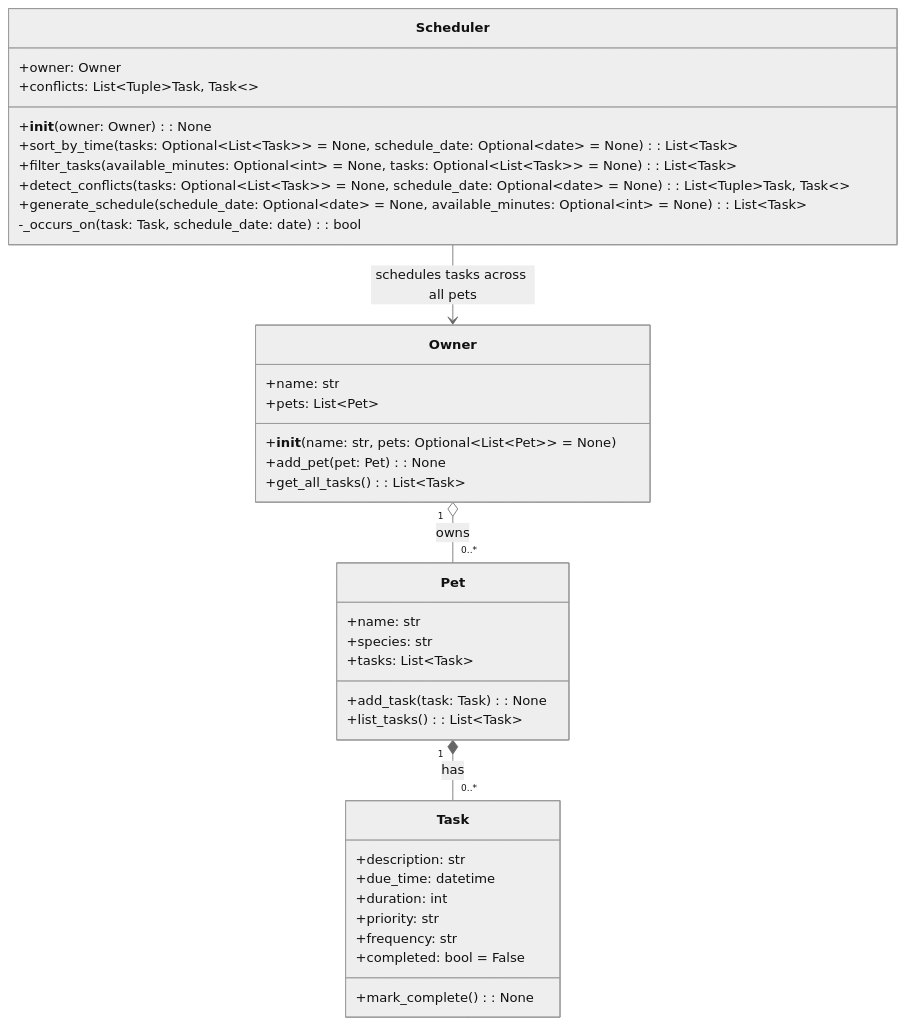
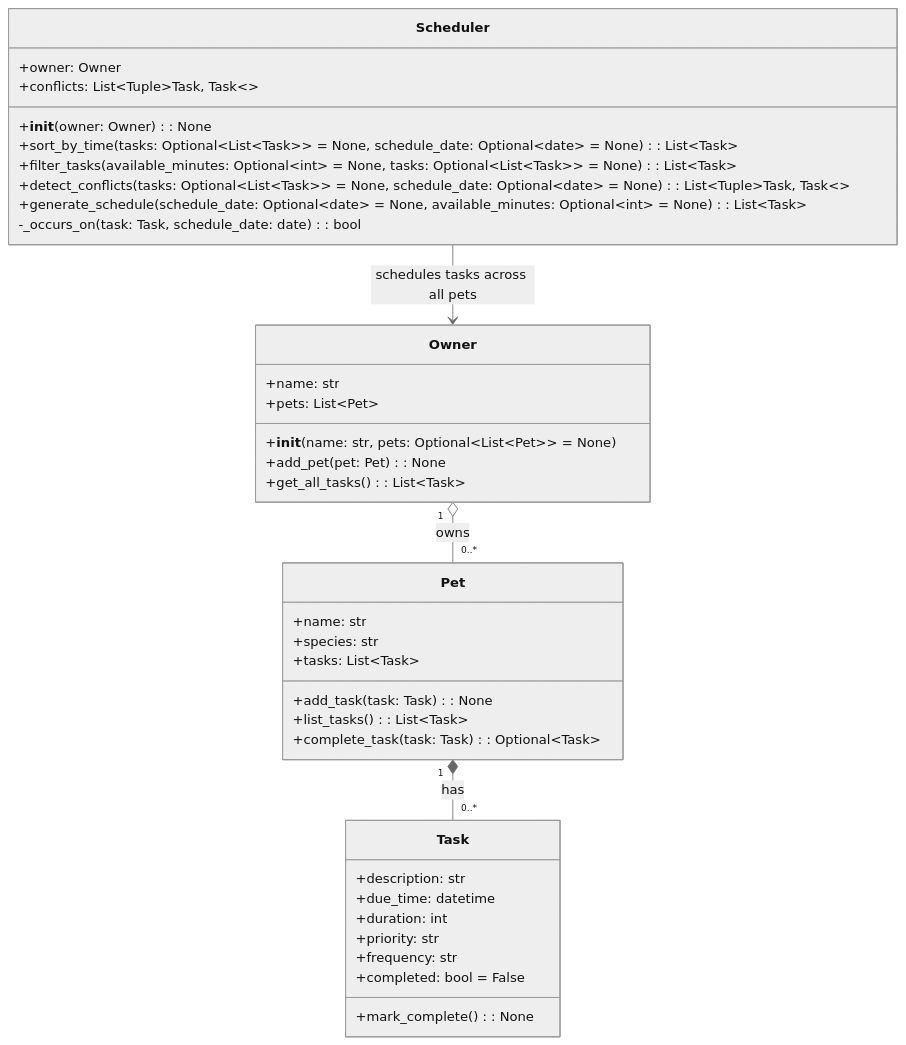
The diagram in diagrams/uml_final.mmd (Sahabnaz05/ai110-module2show-pawpal-starter), drawn with Mermaid (neutral theme) before and after one commit. The commit also changed 5 other files, not shown here.

```diff
--- a/diagrams/uml_final.mmd
+++ b/diagrams/uml_final.mmd
@@ -1,41 +1,42 @@
 classDiagram
     class Owner {
         +name: str
         +pets: List~Pet~
         +__init__(name: str, pets: Optional~List~Pet~~ = None)
         +add_pet(pet: Pet): None
         +get_all_tasks(): List~Task~
     }
 
     class Pet {
         +name: str
         +species: str
         +tasks: List~Task~
         +add_task(task: Task): None
         +list_tasks(): List~Task~
+        +complete_task(task: Task): Optional~Task~
     }
 
     class Task {
         +description: str
         +due_time: datetime
         +duration: int
         +priority: str
         +frequency: str
         +completed: bool = False
         +mark_complete(): None
     }
 
     class Scheduler {
         +owner: Owner
         +conflicts: List~Tuple~Task, Task~~
         +__init__(owner: Owner): None
         +sort_by_time(tasks: Optional~List~Task~~ = None, schedule_date: Optional~date~ = None): List~Task~
         +filter_tasks(available_minutes: Optional~int~ = None, tasks: Optional~List~Task~~ = None): List~Task~
         +detect_conflicts(tasks: Optional~List~Task~~ = None, schedule_date: Optional~date~ = None): List~Tuple~Task, Task~~
         +generate_schedule(schedule_date: Optional~date~ = None, available_minutes: Optional~int~ = None): List~Task~
         -_occurs_on(task: Task, schedule_date: date): bool
     }
 
     Owner "1" o-- "0..*" Pet : owns
     Pet "1" *-- "0..*" Task : has
     Scheduler --> Owner : schedules tasks across all pets
```
